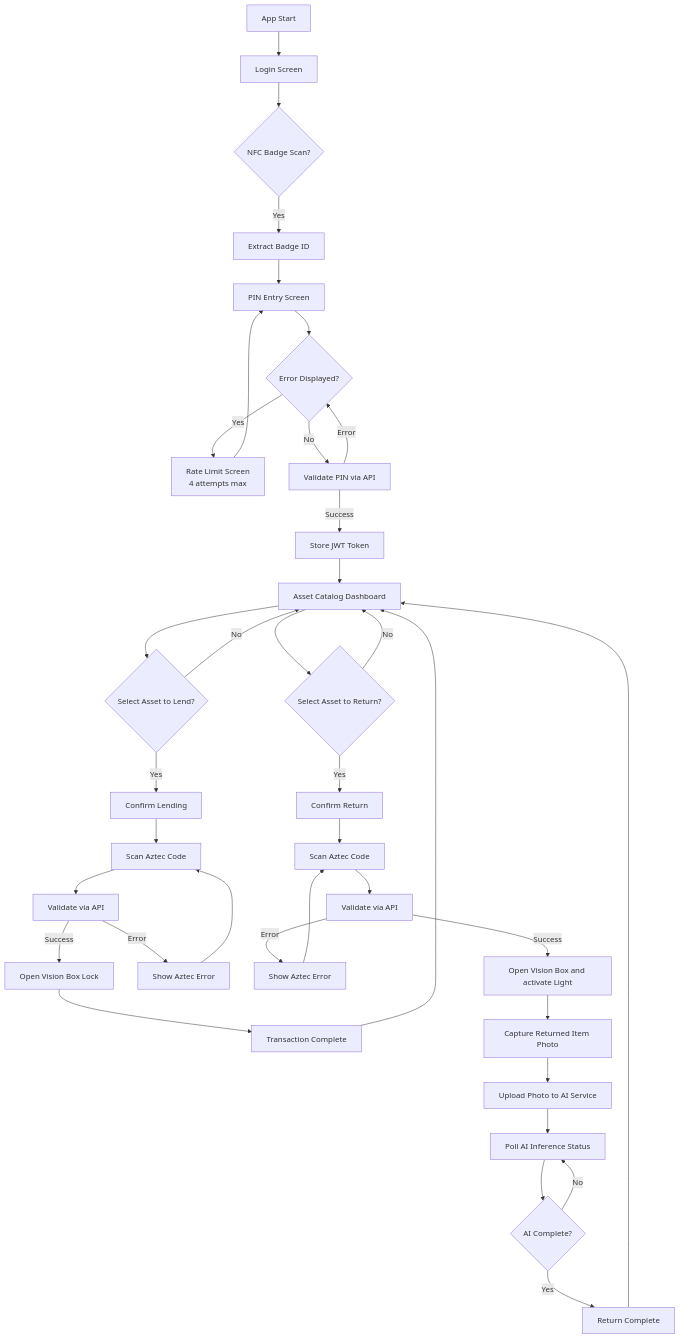
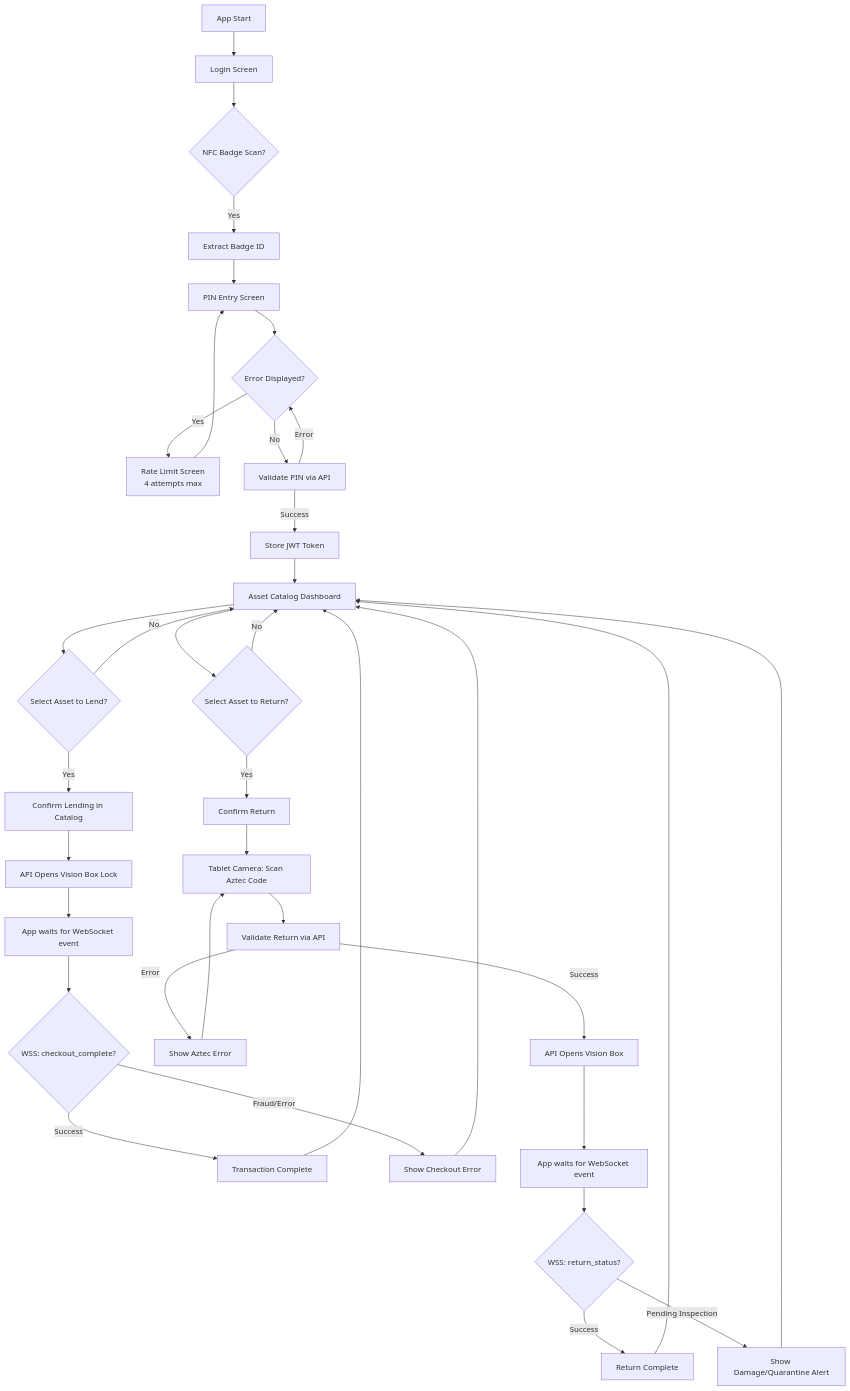
The diagram in kiosk-app/mermaid-flowchart.md (easylend-practice-enterprise/easylend), drawn with Mermaid before and after one commit. The commit also changed 6 other files, not shown here.

````diff
--- a/kiosk-app/mermaid-flowchart.md
+++ b/kiosk-app/mermaid-flowchart.md
@@ -3,53 +3,56 @@
 ```mermaid
-flowchart
+flowchart TD
     Start[App Start] --> Login[Login Screen]
 
     Login --> NFC{NFC Badge Scan?}
     NFC -->|Yes| BadgeID[Extract Badge ID]
     BadgeID --> PIN[PIN Entry Screen]
 
     PIN --> ShowError{Error Displayed?}
     ShowError -->|Yes| RateLimit[Rate Limit Screen<br/>4 attempts max]
     ShowError -->|No| Validate[Validate PIN via API]
 
     Validate -->|Success| AuthSuccess[Store JWT Token]
     Validate -->|Error| ShowError
 
     RateLimit --> PIN
 
     AuthSuccess --> Dashboard[Asset Catalog Dashboard]
 
+    %% CHECKOUT FLOW (Uitlenen)
     Dashboard --> SelectAsset{Select Asset to Lend?}
-    SelectAsset -->|Yes| ConfirmLend[Confirm Lending]
+    SelectAsset -->|Yes| ConfirmLend[Confirm Lending in Catalog]
     SelectAsset -->|No| Dashboard
 
-    ConfirmLend --> ScanAztec[Scan Aztec Code]
-    ScanAztec --> ValidateAztec[Validate via API]
-    ValidateAztec -->|Success| OpenBox[Open Vision Box Lock]
-    ValidateAztec -->|Error| ShowAztecError[Show Aztec Error]
-    ShowAztecError --> ScanAztec
-
-    OpenBox --> LendSuccess[Transaction Complete]
+    ConfirmLend --> APIOpenBox[API Opens Vision Box Lock]
+    APIOpenBox --> WaitForWSS[App waits for WebSocket event]
+    
+    WaitForWSS --> WSSCheckoutEvent{WSS: checkout_complete?}
+    WSSCheckoutEvent -->|Success| LendSuccess[Transaction Complete]
+    WSSCheckoutEvent -->|Fraud/Error| CheckoutError[Show Checkout Error]
+    
+    CheckoutError --> Dashboard
     LendSuccess --> Dashboard
 
+    %% RETURN FLOW (Inleveren met Tablet Camera)
     Dashboard --> SelectReturn{Select Asset to Return?}
     SelectReturn -->|Yes| ConfirmReturn[Confirm Return]
-    ConfirmReturn --> ScanAztecReturn[Scan Aztec Code]
-    ScanAztecReturn --> ValidateAztecReturn[Validate via API]
+    SelectReturn -->|No| Dashboard
+
+    ConfirmReturn --> ScanAztecReturn[Tablet Camera: Scan Aztec Code]
+    ScanAztecReturn --> ValidateAztecReturn[Validate Return via API]
+    
     ValidateAztecReturn -->|Error| ShowAztecErrorReturn[Show Aztec Error]
     ShowAztecErrorReturn --> ScanAztecReturn
 
-    ValidateAztecReturn -->|Success| ActivateLight[Open Vision Box and activate Light]
-    SelectReturn -->|No| Dashboard
+    ValidateAztecReturn -->|Success| ReturnOpenBox[API Opens Vision Box]
+    ReturnOpenBox --> WaitReturnWSS[App waits for WebSocket event]
 
-    ActivateLight --> CapturePhoto[Capture Returned Item Photo]
-    CapturePhoto --> UploadPhoto[Upload Photo to AI Service]
+    WaitReturnWSS --> WSSReturnEvent{WSS: return_status?}
+    WSSReturnEvent -->|Success| ReturnSuccess[Return Complete]
+    WSSReturnEvent -->|Pending Inspection| ReturnQuarantine[Show Damage/Quarantine Alert]
 
-    UploadPhoto --> PollAI[Poll AI Inference Status]
-    PollAI --> AIComplete{AI Complete?}
-    AIComplete -->|Yes| ReturnSuccess[Return Complete]
-    AIComplete -->|No| PollAI
-
+    ReturnQuarantine --> Dashboard
     ReturnSuccess --> Dashboard
 
 ```
````
